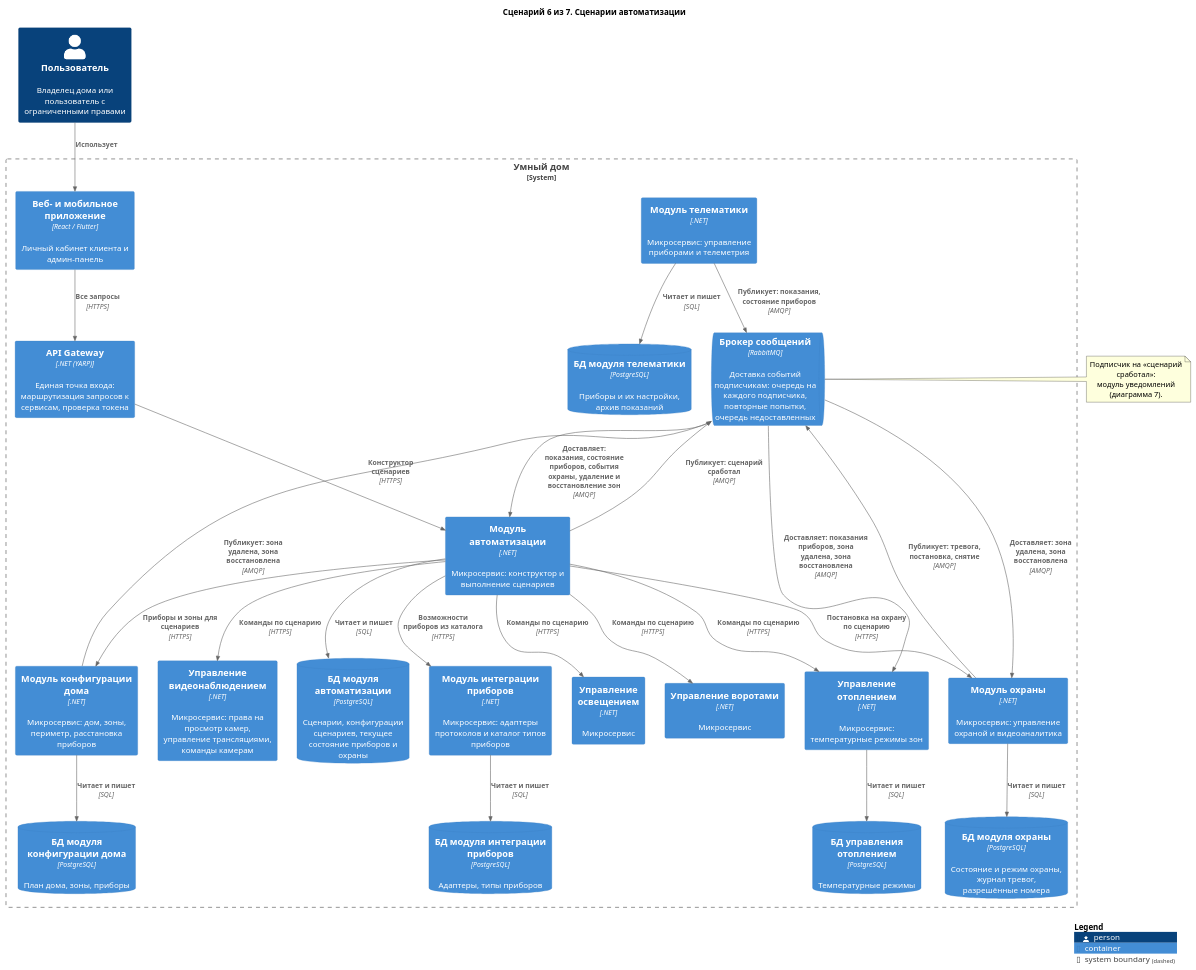
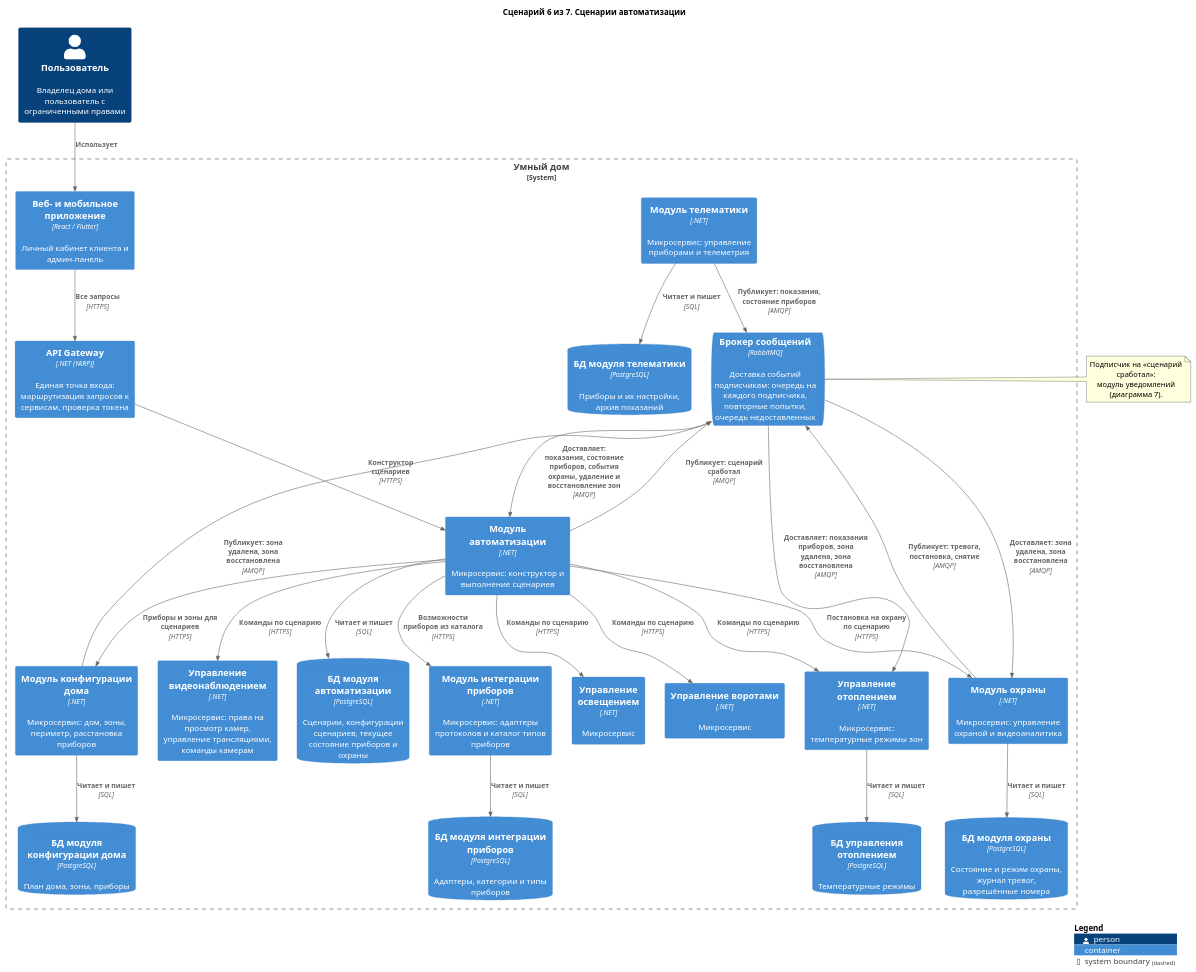
The diagram in diagrams/containers-scenarios/06-automation.puml (Lyamin-av/architecture-warmhouse), drawn with PlantUML before and after one commit. The commit also changed 16 other files, not shown here.

Commit message:
Согласование с ER: событие «дом создан» (Конфигурация дома → Пользователи), Администратор — служебная роль в доме, права в зоне по категории приборов, категории в Интеграции

```diff
--- a/diagrams/containers-scenarios/06-automation.puml
+++ b/diagrams/containers-scenarios/06-automation.puml
@@ -1,61 +1,61 @@
 @startuml 06-automation
 !include <C4/C4_Container>
 
 title Сценарий 6 из 7. Сценарии автоматизации
 
 Person(user, "Пользователь", "Владелец дома или пользователь с ограниченными правами")
 
 System_Boundary(Warmhouse, "Умный дом") {
     Container(apps, "Веб- и мобильное приложение", "React / Flutter", "Личный кабинет клиента и админ-панель")
     Container(Gateway, "API Gateway", ".NET (YARP)", "Единая точка входа: маршрутизация запросов к сервисам, проверка токена")
     Container(Automation, "Модуль автоматизации", ".NET", "Микросервис: конструктор и выполнение сценариев")
     Container(HouseConfigurator, "Модуль конфигурации дома", ".NET", "Микросервис: дом, зоны, периметр, расстановка приборов")
     Container(DeviceIntegration, "Модуль интеграции приборов", ".NET", "Микросервис: адаптеры протоколов и каталог типов приборов")
     Container(Heating, "Управление отоплением", ".NET", "Микросервис: температурные режимы зон")
     Container(Lighting, "Управление освещением", ".NET", "Микросервис")
     Container(GateControl, "Управление воротами", ".NET", "Микросервис")
     Container(VideoControl, "Управление видеонаблюдением", ".NET", "Микросервис: права на просмотр камер, управление трансляциями, команды камерам")
     Container(Security, "Модуль охраны", ".NET", "Микросервис: управление охраной и видеоаналитика")
     Container(Telematics, "Модуль телематики", ".NET", "Микросервис: управление приборами и телеметрия")
     ContainerQueue(Broker, "Брокер сообщений", "RabbitMQ", "Доставка событий подписчикам: очередь на каждого подписчика, повторные попытки, очередь недоставленных")
     ContainerDb(dbHeating, "БД управления отоплением", "PostgreSQL", "Температурные режимы")
     ContainerDb(dbSecurity, "БД модуля охраны", "PostgreSQL", "Состояние и режим охраны, журнал тревог, разрешённые номера")
     ContainerDb(dbTelematics, "БД модуля телематики", "PostgreSQL", "Приборы и их настройки, архив показаний")
-    ContainerDb(dbDIS, "БД модуля интеграции приборов", "PostgreSQL", "Адаптеры, типы приборов")
+    ContainerDb(dbDIS, "БД модуля интеграции приборов", "PostgreSQL", "Адаптеры, категории и типы приборов")
     ContainerDb(dbAuto, "БД модуля автоматизации", "PostgreSQL", "Сценарии, конфигурации сценариев, текущее состояние приборов и охраны")
     ContainerDb(dbHC, "БД модуля конфигурации дома", "PostgreSQL", "План дома, зоны, приборы")
 }
 
 
 Rel(user, apps, "Использует")
 Rel(apps, Gateway, "Все запросы", "HTTPS")
 Rel(Gateway, Automation, "Конструктор сценариев", "HTTPS")
 Rel(Automation, HouseConfigurator, "Приборы и зоны для сценариев", "HTTPS")
 Rel(Automation, DeviceIntegration, "Возможности приборов из каталога", "HTTPS")
 Rel(Automation, Heating, "Команды по сценарию", "HTTPS")
 Rel(Automation, Lighting, "Команды по сценарию", "HTTPS")
 Rel(Automation, GateControl, "Команды по сценарию", "HTTPS")
 Rel(Automation, VideoControl, "Команды по сценарию", "HTTPS")
 Rel(Automation, Security, "Постановка на охрану по сценарию", "HTTPS")
 Rel(Telematics, Broker, "Публикует: показания, состояние приборов", "AMQP")
 Rel(Security, Broker, "Публикует: тревога, постановка, снятие", "AMQP")
 Rel(Broker, Automation, "Доставляет: показания, состояние приборов, события охраны, удаление и восстановление зон", "AMQP")
 Rel(Automation, Broker, "Публикует: сценарий сработал", "AMQP")
 
 note right of Broker
   Подписчик на «сценарий сработал»:
   модуль уведомлений (диаграмма 7).
 end note
 
 Rel(Heating, dbHeating, "Читает и пишет", "SQL")
 Rel(Security, dbSecurity, "Читает и пишет", "SQL")
 Rel(Telematics, dbTelematics, "Читает и пишет", "SQL")
 Rel(DeviceIntegration, dbDIS, "Читает и пишет", "SQL")
 Rel(Automation, dbAuto, "Читает и пишет", "SQL")
 Rel(HouseConfigurator, dbHC, "Читает и пишет", "SQL")
 Rel(HouseConfigurator, Broker, "Публикует: зона удалена, зона восстановлена", "AMQP")
 Rel(Broker, Heating, "Доставляет: показания приборов, зона удалена, зона восстановлена", "AMQP")
 Rel(Broker, Security, "Доставляет: зона удалена, зона восстановлена", "AMQP")
 
 SHOW_LEGEND()
 @enduml
```
